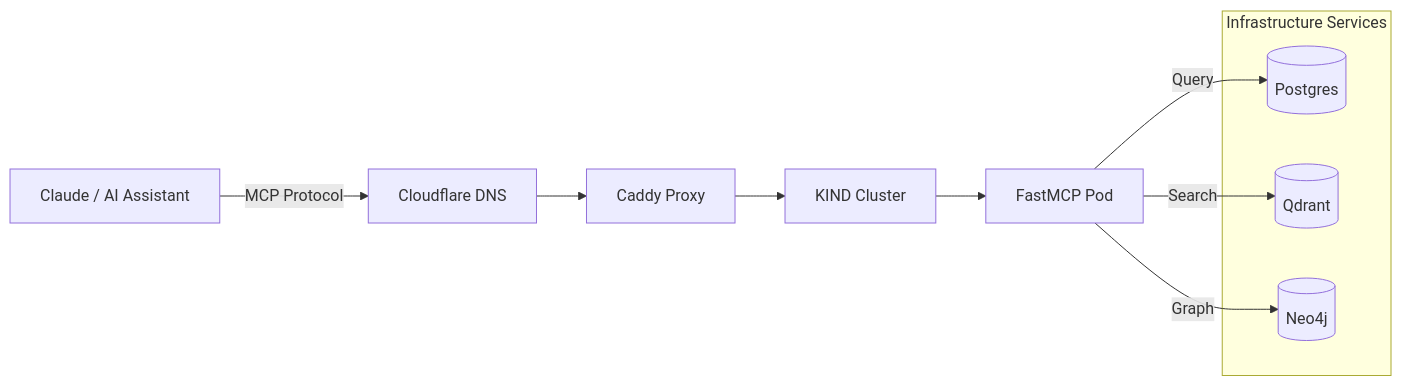
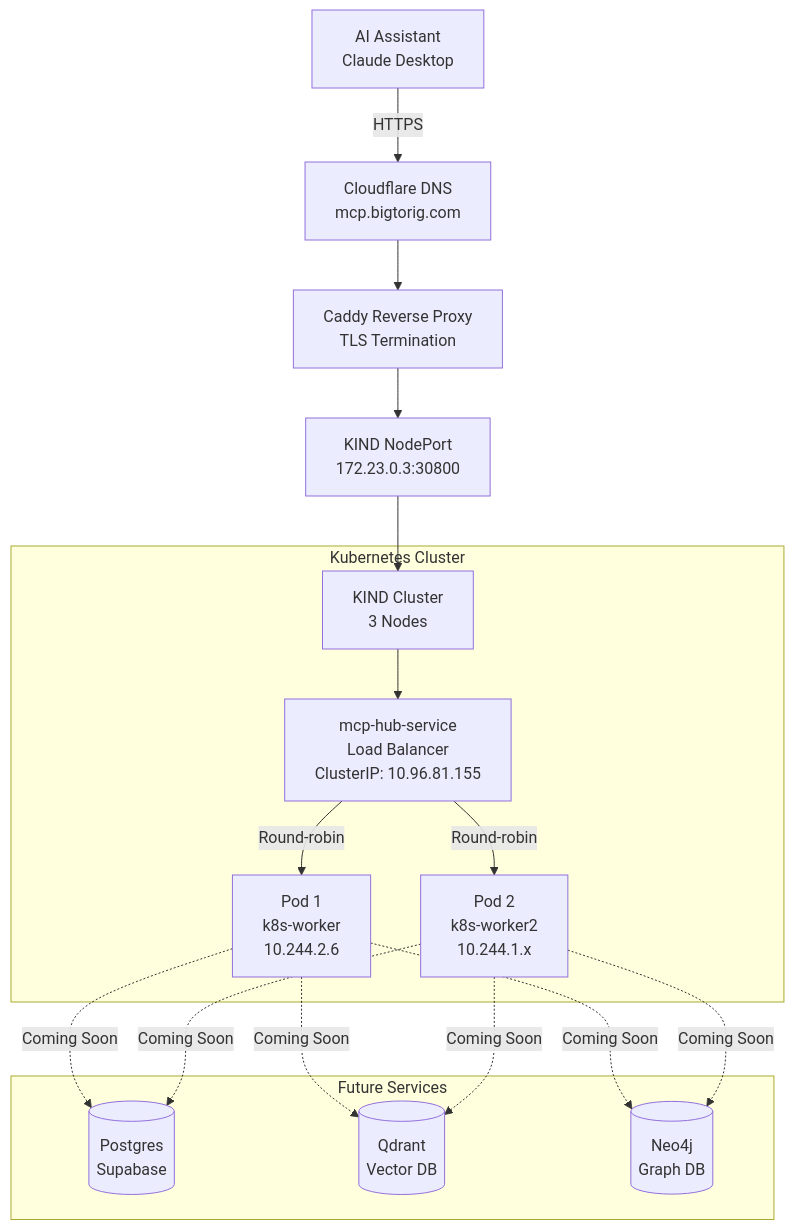
One commit to mindset-dev/bigtorig-mcp-hub changed the diagram in README.md. Above: the diagram before and after it, drawn with Mermaid. The commit also changed other lines of this file, not shown here.

````diff
--- a/README.md
+++ b/README.md
@@ -27,17 +55,27 @@
 ```mermaid
-graph LR
-    AI[Claude / AI Assistant] -->|MCP Protocol| CF[mcp.bigtorig.com]
-    CF[Cloudflare DNS] --> CA[Caddy Proxy]
-    CA --> K8S[KIND Cluster]
-    K8S --> MCP[FastMCP Pod]
+graph TB
+    User[AI Assistant<br/>Claude Desktop] -->|HTTPS| CF[Cloudflare DNS<br/>mcp.bigtorig.com]
+    CF --> Caddy[Caddy Reverse Proxy<br/>TLS Termination]
+    Caddy --> NP[KIND NodePort<br/>172.23.0.3:30800]
     
-    subgraph Infrastructure Services
-        PG[(Postgres)]
-        QD[(Qdrant)]
-        NEO[(Neo4j)]
+    NP --> K8S[KIND Cluster<br/>3 Nodes]
+    
+    subgraph "Kubernetes Cluster"
+        K8S --> SVC[mcp-hub-service<br/>Load Balancer<br/>ClusterIP: 10.96.81.155]
+        SVC -->|Round-robin| POD1[Pod 1<br/>k8s-worker<br/>10.244.2.6]
+        SVC -->|Round-robin| POD2[Pod 2<br/>k8s-worker2<br/>10.244.1.x]
     end
     
-    MCP -->|Query| PG
-    MCP -->|Search| QD
-    MCP -->|Graph| NEO
+    subgraph "Future Services"
+        PG[(Postgres<br/>Supabase)]
+        QD[(Qdrant<br/>Vector DB)]
+        NEO[(Neo4j<br/>Graph DB)]
+    end
+    
+    POD1 -.->|Coming Soon| PG
+    POD1 -.->|Coming Soon| QD
+    POD1 -.->|Coming Soon| NEO
+    POD2 -.->|Coming Soon| PG
+    POD2 -.->|Coming Soon| QD
+    POD2 -.->|Coming Soon| NEO
 ```
````
